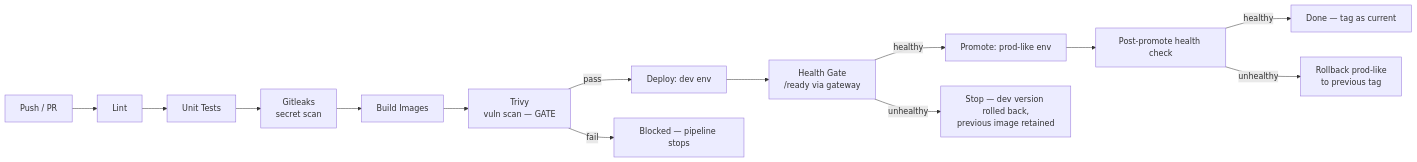
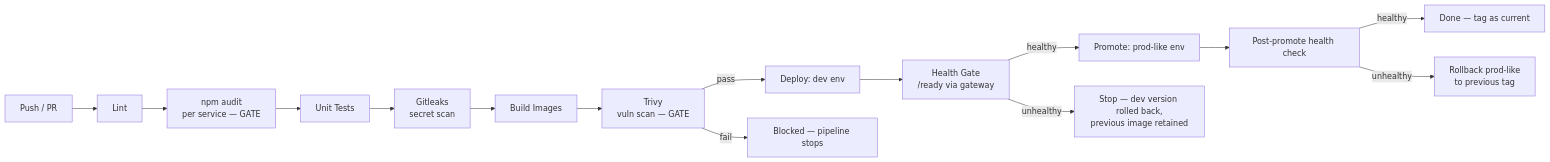
Before and after one commit to viggu777/ai-healthcare-cloud-infra-simulation: the second of 2 diagrams in docs/TARGET_ARCHITECTURE.md, drawn with Mermaid. The commit also changed other lines of this file and 12 other files, not shown here.

First line of the commit message:
P1.6: pipeline lint additions (npm audit + prod resources)

````diff
--- a/docs/TARGET_ARCHITECTURE.md
+++ b/docs/TARGET_ARCHITECTURE.md
@@ -258,16 +258,17 @@
 ```mermaid
 flowchart LR
     A[Push / PR] --> B[Lint]
-    B --> C[Unit Tests]
+    B --> B2[npm audit<br/>per service — GATE]
+    B2 --> C[Unit Tests]
     C --> D[Gitleaks<br/>secret scan]
     D --> E[Build Images]
     E --> F[Trivy<br/>vuln scan — GATE]
     F -->|pass| G[Deploy: dev env]
     F -->|fail| X[Blocked — pipeline stops]
     G --> H[Health Gate<br/>/ready via gateway]
     H -->|healthy| I[Promote: prod-like env]
     H -->|unhealthy| Y[Stop — dev version rolled back,<br/>previous image retained]
     I --> J[Post-promote health check]
     J -->|healthy| K[Done — tag as current]
     J -->|unhealthy| Z[Rollback prod-like<br/>to previous tag]
 ```
````
